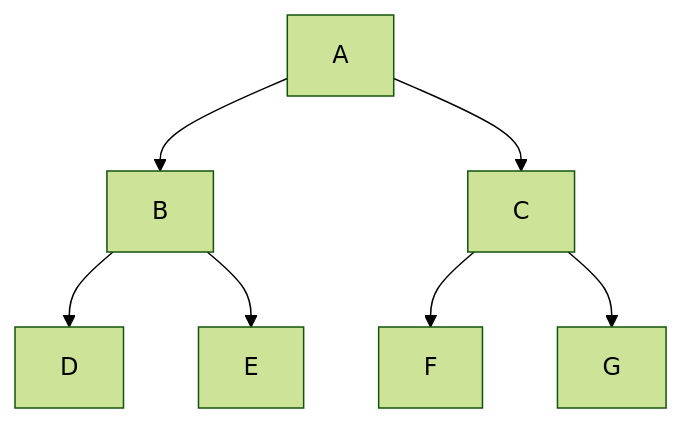
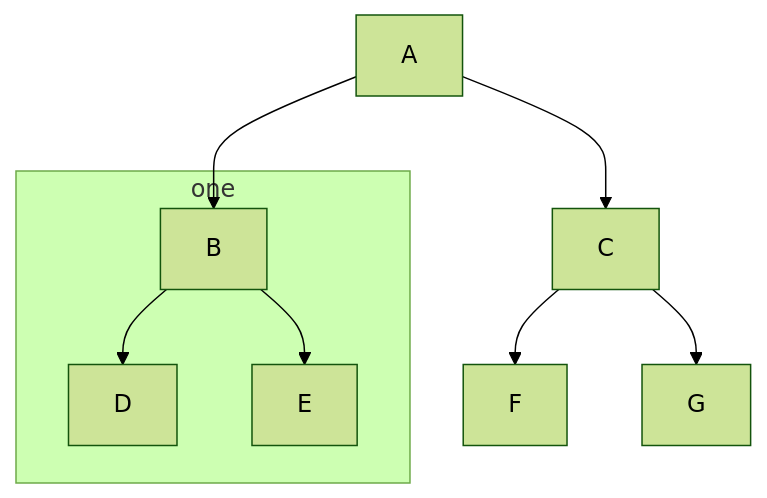
Before and after one commit to kyorohiro/doc_hetimatorrent: the diagram in dht/Kademulia.md, drawn with Mermaid (forest theme).

````diff
--- a/dht/Kademulia.md
+++ b/dht/Kademulia.md
@@ -53,9 +53,11 @@
 ```mermaid
 graph TD;
     A-->B;
     A-->C;
+    subgraph one
     B-->D;
     B-->E;
+     end
     C-->F;
     C-->G;
 ```
````
